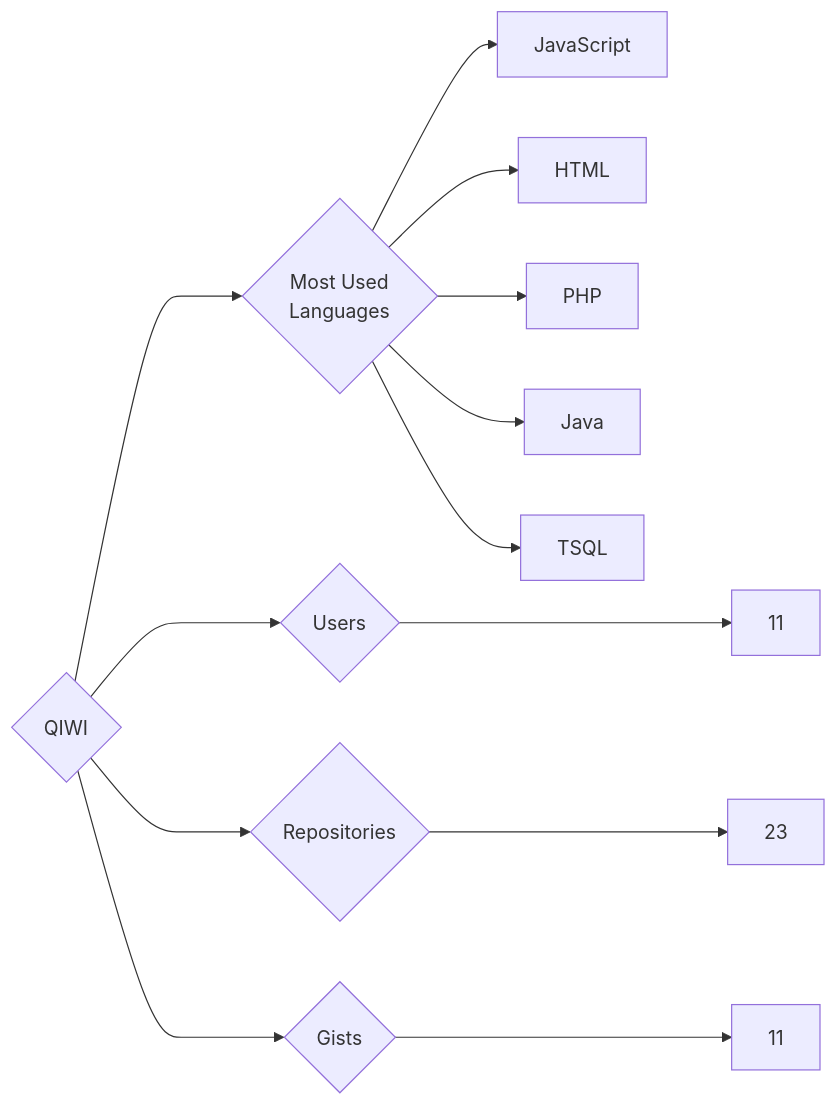
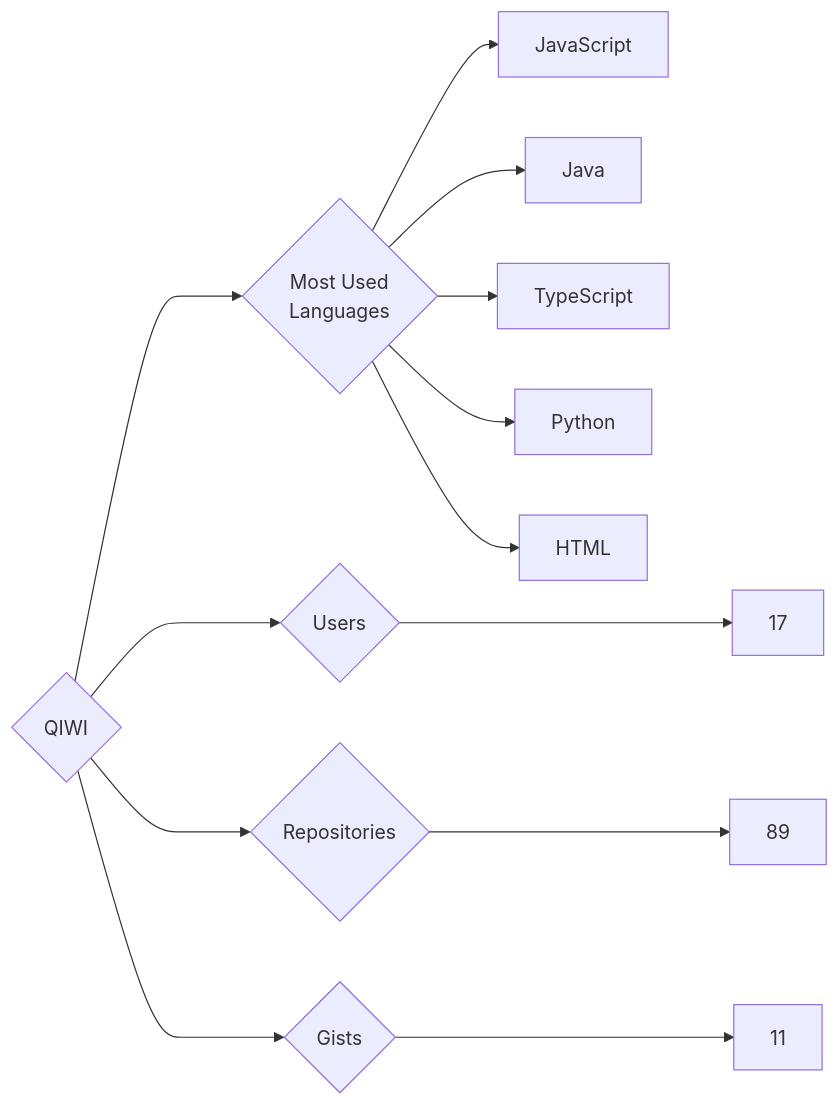
One commit to trickest/insiders changed the diagram in targets/QIWI/README.md. Above: the diagram before and after it, drawn with Mermaid. The commit also changed 871 other files, not shown here.

````diff
--- a/targets/QIWI/README.md
+++ b/targets/QIWI/README.md
@@ -3,13 +3,13 @@
 ```mermaid
 graph LR
 COMPANY_NAME{QIWI}
-COMPANY_NAME ---> U{Users} ---> UN[11]
-COMPANY_NAME ---> R{Repositories} ---> RN[23]
+COMPANY_NAME ---> U{Users} ---> UN[17]
+COMPANY_NAME ---> R{Repositories} ---> RN[89]
 COMPANY_NAME ---> G{Gists} ---> GN[11]
 COMPANY_NAME ---> ML{Most Used<br>Languages}
 ML --> JavaScript[JavaScript]
+ML --> Java[Java]
+ML --> TypeScript[TypeScript]
+ML --> Python[Python]
 ML --> HTML[HTML]
-ML --> PHP[PHP]
-ML --> Java[Java]
-ML --> TSQL[TSQL]
 ```
````
